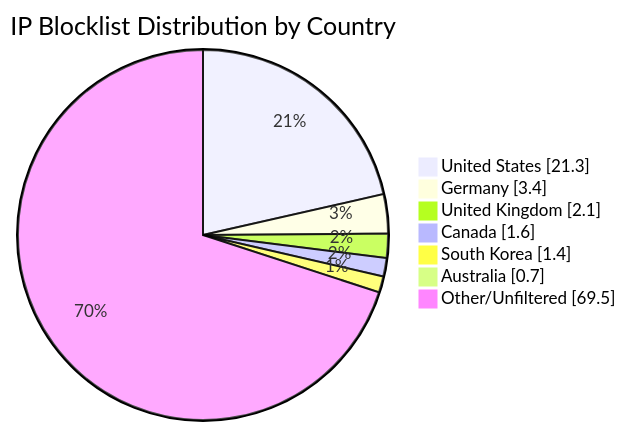
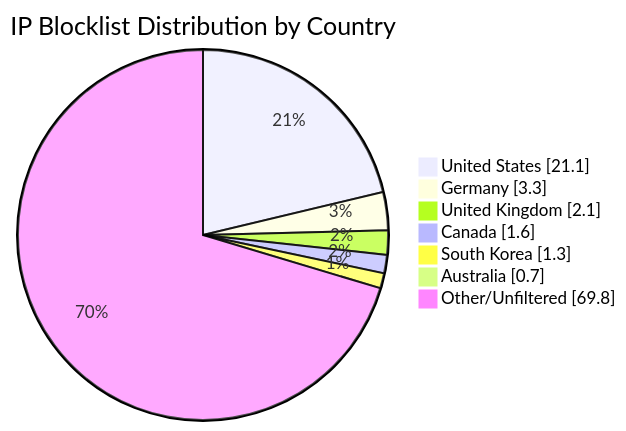
One commit to MarcusHoltz/ipblocklist-geofiltered-aggregator changed the diagram in README.md. Above: the diagram before and after it, drawn with Mermaid. The commit also changed other lines of this file and 9 other files, not shown here.

````diff
--- a/README.md
+++ b/README.md
@@ -34,10 +34,10 @@
 ```mermaid
 pie showData title IP Blocklist Distribution by Country
-"United States" : 21.3
-"Germany" : 3.4
+"United States" : 21.1
+"Germany" : 3.3
 "United Kingdom" : 2.1
 "Canada" : 1.6
-"South Korea" : 1.4
+"South Korea" : 1.3
 "Australia" : 0.7
-"Other/Unfiltered" : 69.5
+"Other/Unfiltered" : 69.8
 ```
````
